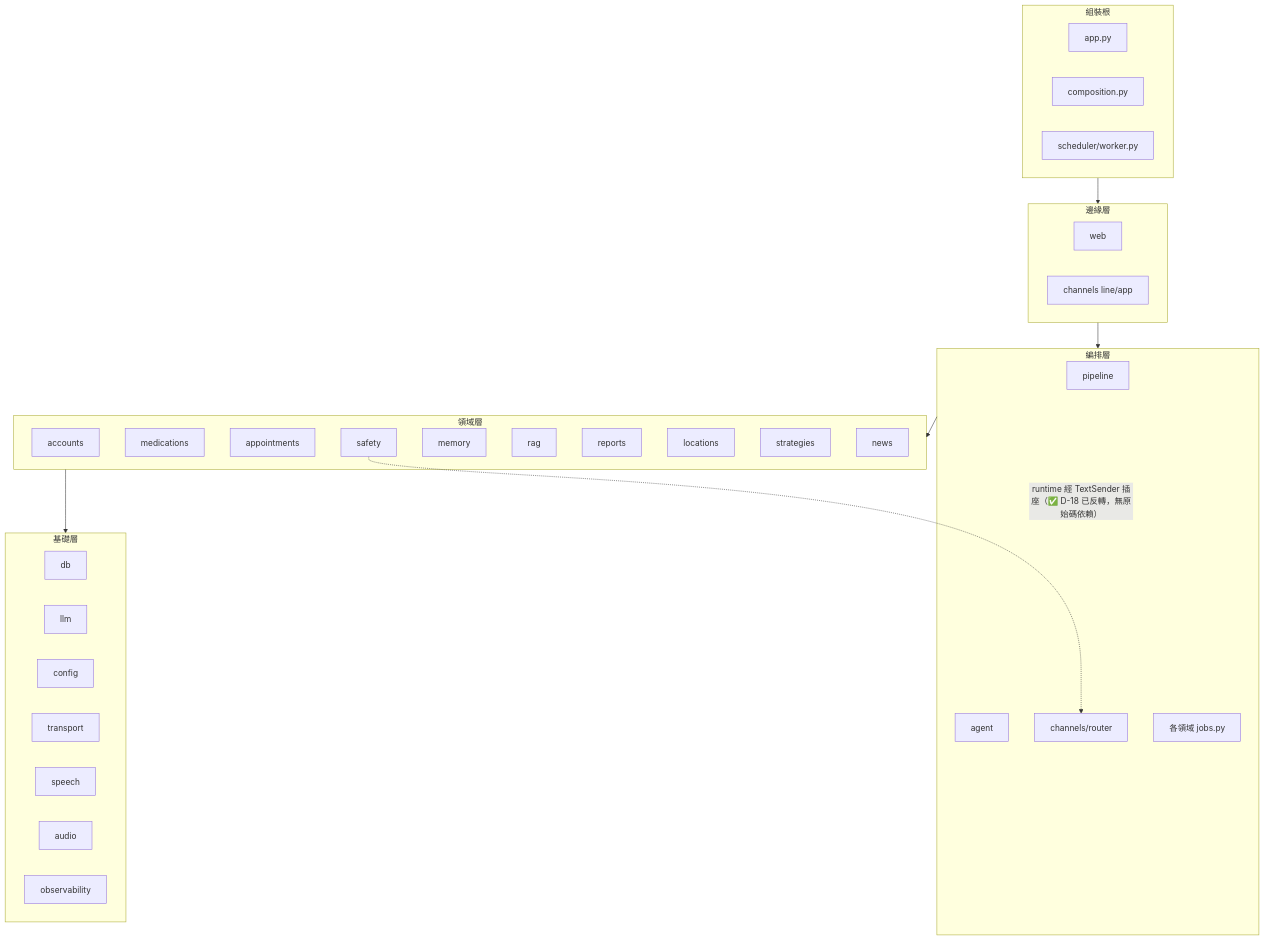
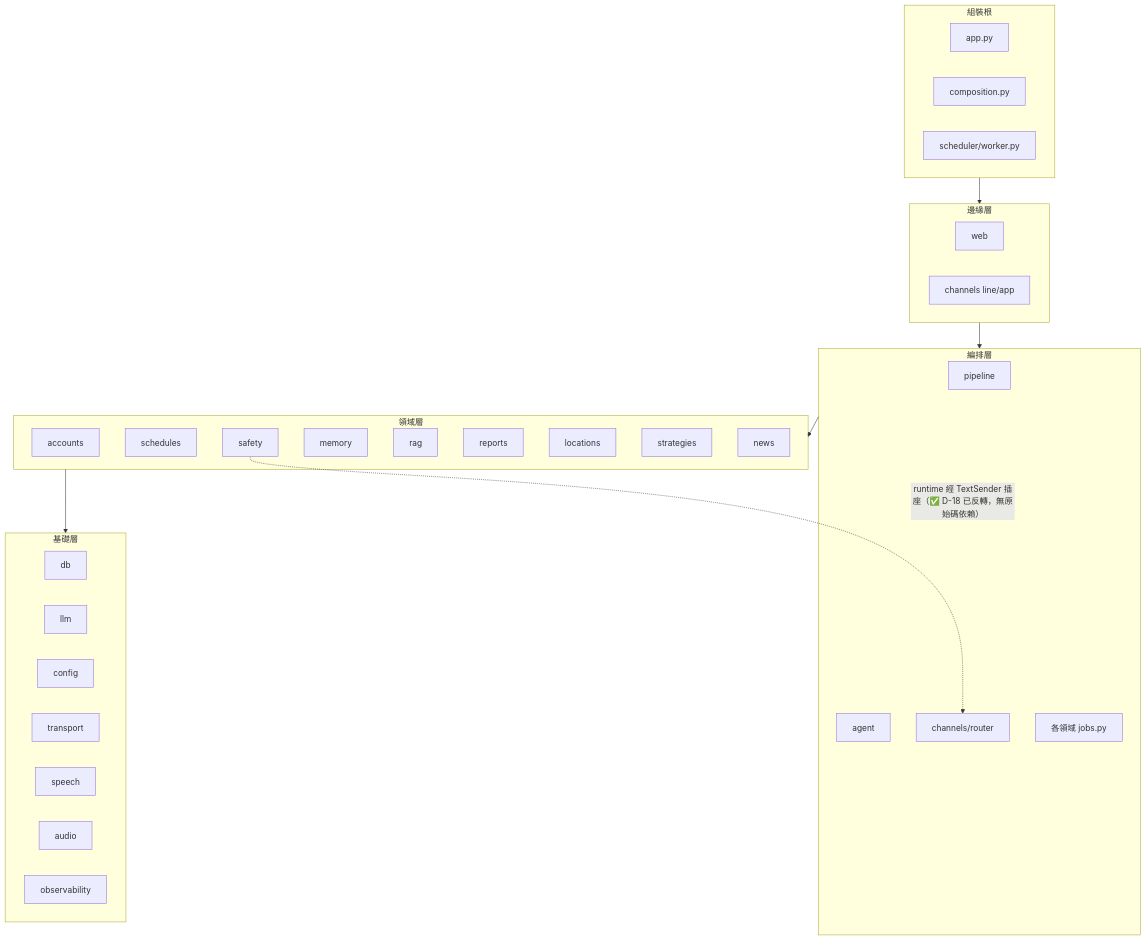
The diagram in docs/dev/09_模組依賴關係.md (leo53021313/kinsun), drawn with Mermaid before and after one commit. The commit also changed other lines of this file and 8 other files, not shown here.

````diff
--- a/docs/dev/09_模組依賴關係.md
+++ b/docs/dev/09_模組依賴關係.md
@@ -19,20 +19,20 @@
 ```mermaid
 graph TD
     subgraph 組裝根
         APP[app.py] & COMP[composition.py] & WORKER[scheduler/worker.py]
     end
     subgraph 邊緣層
         WEB[web] & CH[channels line/app]
     end
     subgraph 編排層
         PIPE[pipeline] & AGENT[agent] & ROUTER[channels/router] & JOBS[各領域 jobs.py]
     end
     subgraph 領域層
-        ACC[accounts] & MED[medications] & APPT[appointments] & SAFE[safety] & MEM[memory] & RAG[rag] & REP[reports] & LOC[locations] & STRAT[strategies] & NEWS[news]
+        ACC[accounts] & SCHED[schedules] & SAFE[safety] & MEM[memory] & RAG[rag] & REP[reports] & LOC[locations] & STRAT[strategies] & NEWS[news]
     end
     subgraph 基礎層
         DB[db] & LLM[llm] & CFG[config] & TR[transport] & SP[speech] & AU[audio] & OBS[observability]
     end
     組裝根 --> 邊緣層 --> 編排層 --> 領域層 --> 基礎層
     SAFE -. "runtime 經 TextSender 插座（✅ D-18 已反轉，無原始碼依賴）" .-> ROUTER
 ```
````
